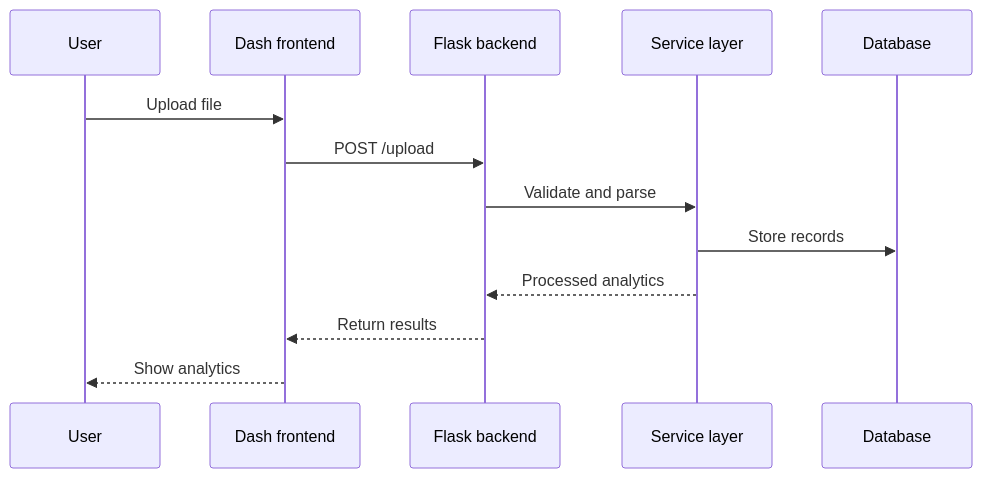
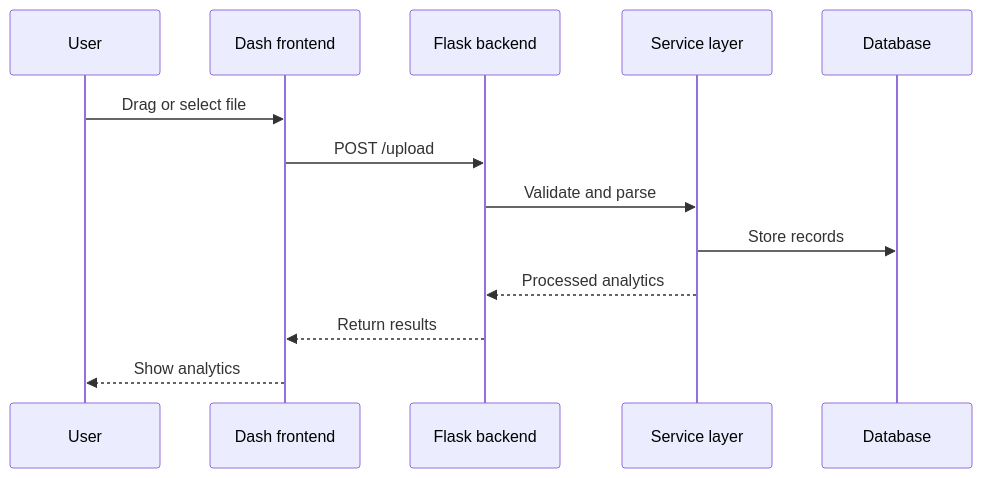
The second of 2 diagrams in docs/architecture_diagrams.md (WSG23/yosai_intel_dashboard_fresh), drawn with Mermaid before and after one commit. The commit also changed 5 other files, not shown here.

Commit message:
docs: add upload interface guide and update diagrams

````diff
--- a/docs/architecture_diagrams.md
+++ b/docs/architecture_diagrams.md
@@ -18,16 +18,16 @@
 ```mermaid
 sequenceDiagram
     participant U as User
     participant FE as Dash frontend
     participant BE as Flask backend
     participant S as Service layer
     participant DB as Database
 
-    U->>FE: Upload file
+    U->>FE: Drag or select file
     FE->>BE: POST /upload
     BE->>S: Validate and parse
     S->>DB: Store records
     S-->>BE: Processed analytics
     BE-->>FE: Return results
     FE-->>U: Show analytics
 ```
````
